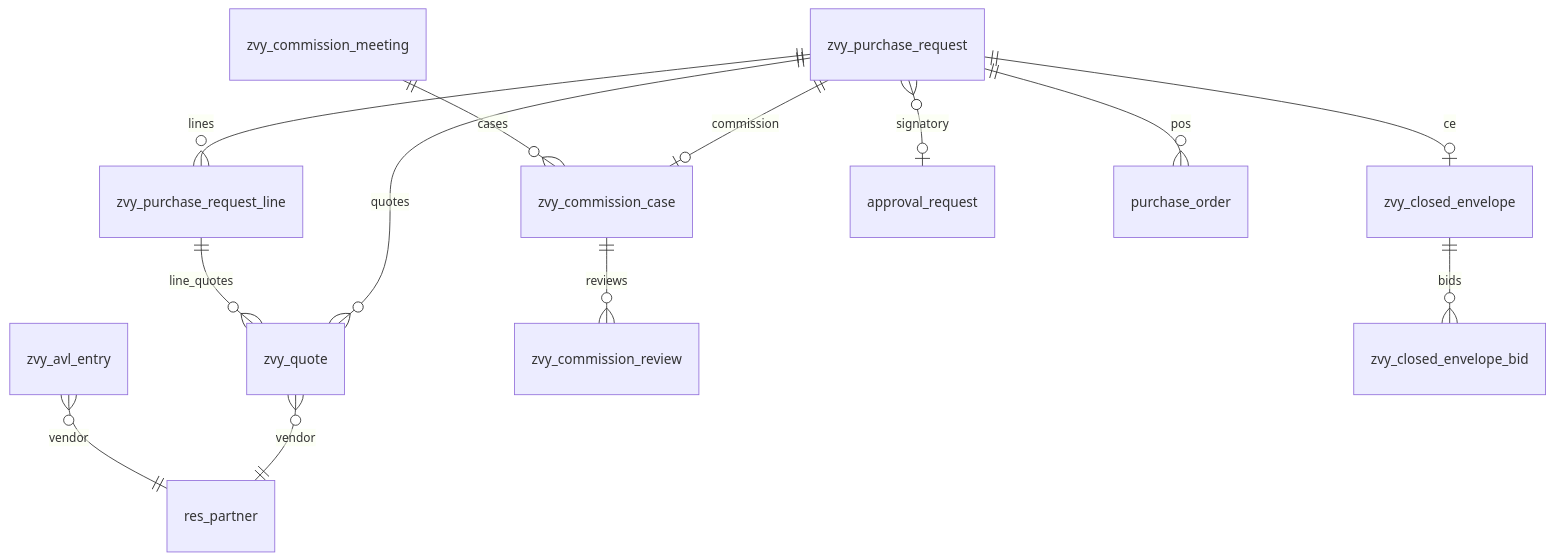
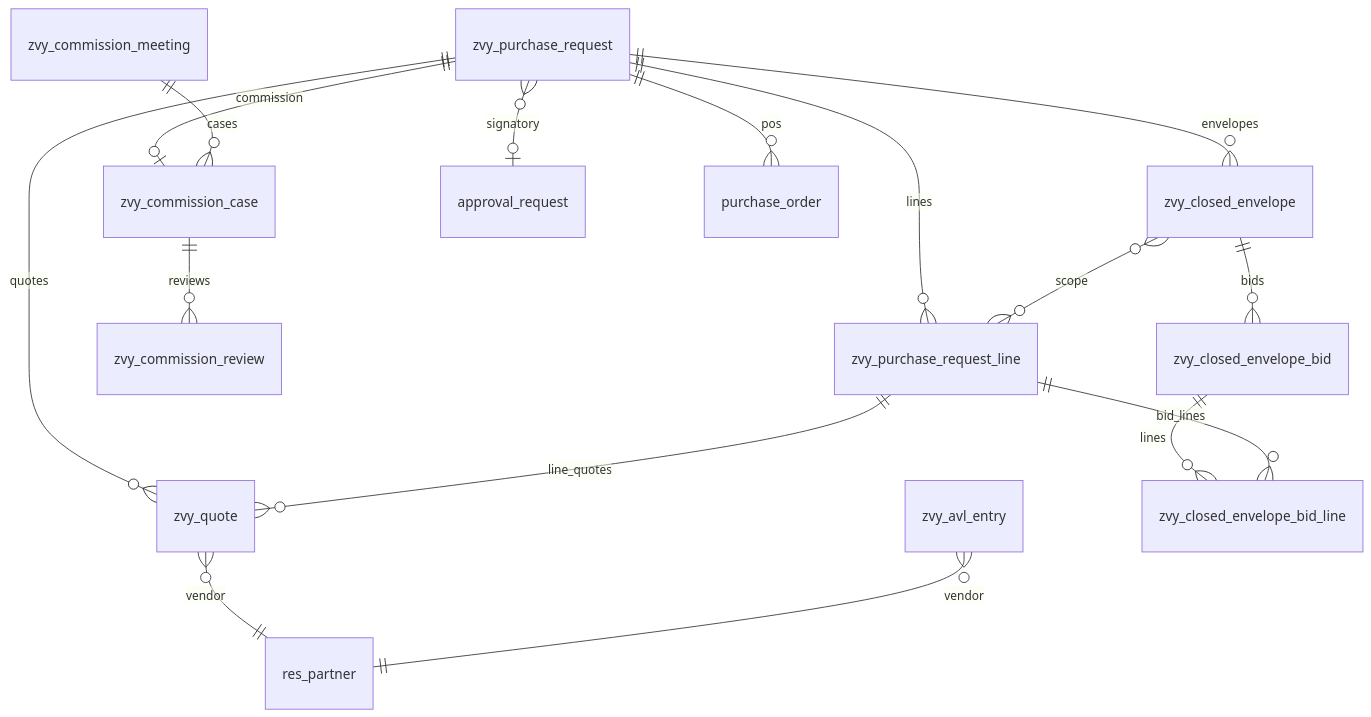
The first of 2 diagrams in odoo/addons-mammut/zvy_tendering/Architecture.md (MohamadAzarifar/odoo-18-mammut), drawn with Mermaid before and after one commit. The commit also changed other lines of this file and 23 other files, not shown here.

````diff
--- a/odoo/addons-mammut/zvy_tendering/Architecture.md
+++ b/odoo/addons-mammut/zvy_tendering/Architecture.md
@@ -98,15 +99,18 @@
 ```mermaid
 erDiagram
     zvy_purchase_request ||--o{ zvy_purchase_request_line : lines
     zvy_purchase_request ||--o{ zvy_quote : quotes
     zvy_purchase_request_line ||--o{ zvy_quote : line_quotes
     zvy_quote }o--|| res_partner : vendor
     zvy_avl_entry }o--|| res_partner : vendor
     zvy_purchase_request ||--o| zvy_commission_case : commission
     zvy_commission_case ||--o{ zvy_commission_review : reviews
     zvy_commission_meeting ||--o{ zvy_commission_case : cases
-    zvy_purchase_request ||--o| zvy_closed_envelope : ce
+    zvy_purchase_request ||--o{ zvy_closed_envelope : envelopes
+    zvy_closed_envelope }o--o{ zvy_purchase_request_line : scope
     zvy_closed_envelope ||--o{ zvy_closed_envelope_bid : bids
+    zvy_closed_envelope_bid ||--o{ zvy_closed_envelope_bid_line : lines
+    zvy_purchase_request_line ||--o{ zvy_closed_envelope_bid_line : bid_lines
     zvy_purchase_request }o--o| approval_request : signatory
     zvy_purchase_request ||--o{ purchase_order : pos
 ```
````
